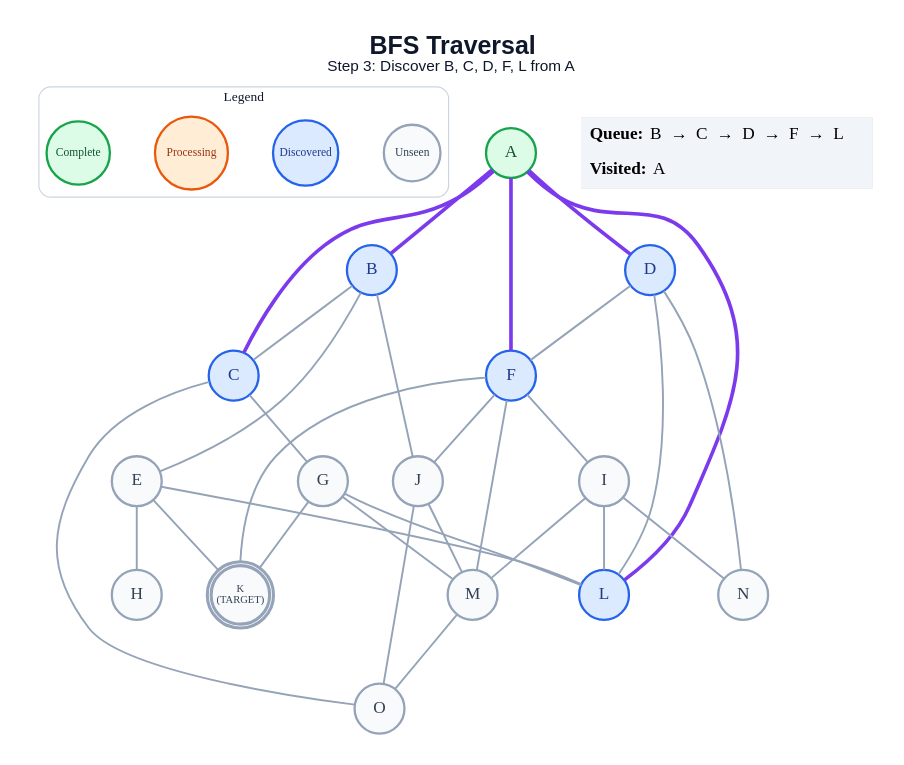
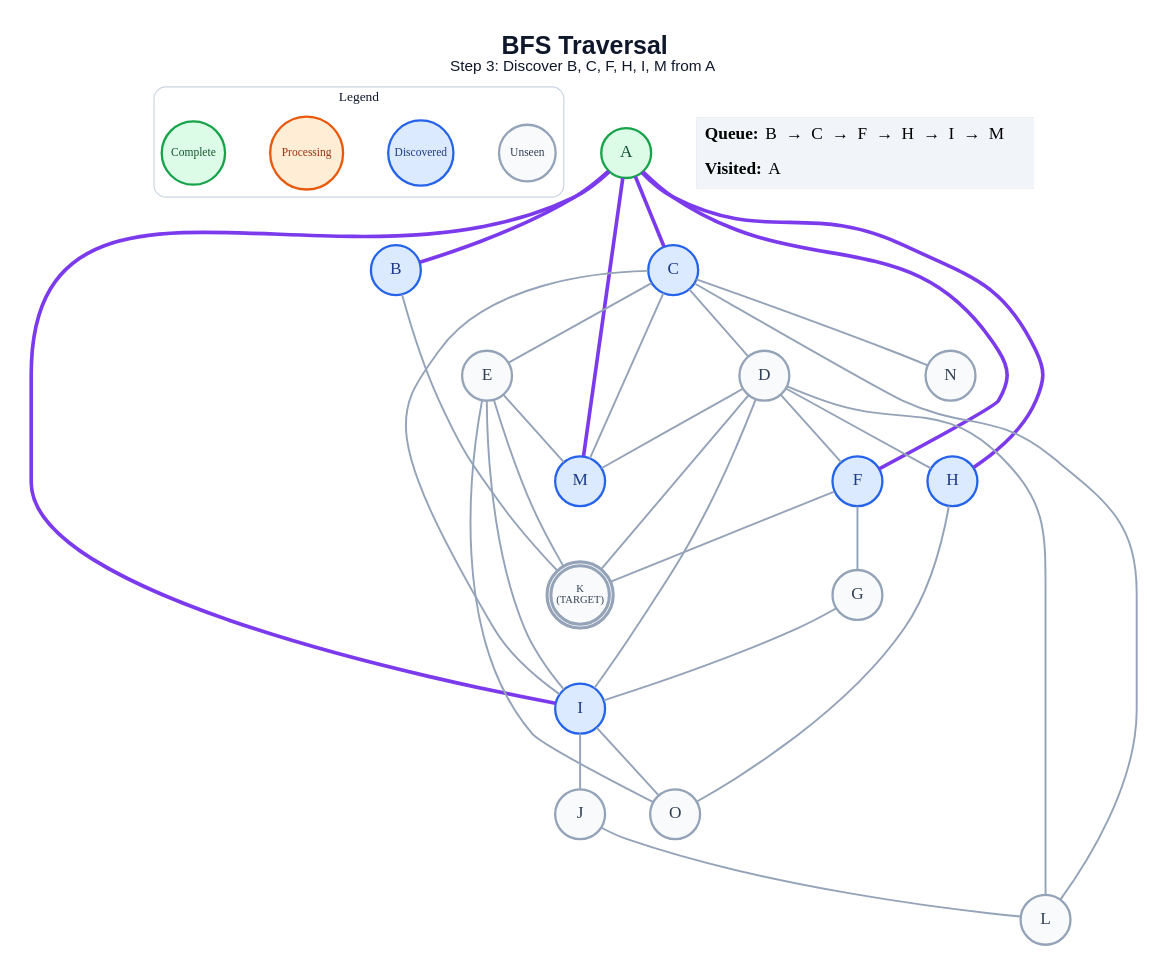
The diagram in generated/short-circuit/bfs/step_03.dot (anon7238593-create/ai-slop), drawn with Graphviz before and after one commit. The commit also changed 217 other files, not shown here.

```diff
--- a/generated/short-circuit/bfs/step_03.dot
+++ b/generated/short-circuit/bfs/step_03.dot
@@ -1,63 +1,64 @@
 graph traversal {
   graph [layout=dot, rankdir=TB, bgcolor="#FFFFFF", pad="0.35", nodesep="0.65", ranksep="0.8", fontname="Arial"];
   node [shape=circle, style="filled", fontname="Arial Bold", fontsize=18, width=0.72, fixedsize=true, penwidth=2.4];
   edge [color="#94A3B8", penwidth=2.0];
-  label=<<B>BFS Traversal</B><BR/><FONT POINT-SIZE="16">Step 3: Discover B, C, D, F, L from A</FONT>>; labelloc="t"; fontsize=26; fontname="Arial"; fontcolor="#0F172A";
+  label=<<B>BFS Traversal</B><BR/><FONT POINT-SIZE="16">Step 3: Discover B, C, F, H, I, M from A</FONT>>; labelloc="t"; fontsize=26; fontname="Arial"; fontcolor="#0F172A";
   subgraph cluster_legend { label="Legend"; color="#CBD5E1"; penwidth=1.2; style="rounded"; fontsize=14; fontname="Arial Bold";
     key_unseen [label="Unseen", fillcolor="#F8FAFC", color="#94A3B8", fontcolor="#334155", fontsize=12, width=0.82];
     key_frontier [label="Discovered", fillcolor="#DBEAFE", color="#2563EB", fontcolor="#1E3A8A", fontsize=12, width=0.95];
     key_current [label="Processing", fillcolor="#FFEDD5", color="#EA580C", fontcolor="#9A3412", fontsize=12, width=1.05];
     key_done [label="Complete", fillcolor="#DCFCE7", color="#16A34A", fontcolor="#14532D", fontsize=12, width=0.92];
     { rank=same; key_unseen; key_frontier; key_current; key_done; }
   }
   A [label="A", fillcolor="#DCFCE7", color="#16A34A", fontcolor="#14532D", peripheries=1, penwidth=2.4];
   B [label="B", fillcolor="#DBEAFE", color="#2563EB", fontcolor="#1E3A8A", peripheries=1, penwidth=2.4];
   C [label="C", fillcolor="#DBEAFE", color="#2563EB", fontcolor="#1E3A8A", peripheries=1, penwidth=2.4];
-  D [label="D", fillcolor="#DBEAFE", color="#2563EB", fontcolor="#1E3A8A", peripheries=1, penwidth=2.4];
+  D [label="D", fillcolor="#F8FAFC", color="#94A3B8", fontcolor="#334155", peripheries=1, penwidth=2.4];
   E [label="E", fillcolor="#F8FAFC", color="#94A3B8", fontcolor="#334155", peripheries=1, penwidth=2.4];
   F [label="F", fillcolor="#DBEAFE", color="#2563EB", fontcolor="#1E3A8A", peripheries=1, penwidth=2.4];
   G [label="G", fillcolor="#F8FAFC", color="#94A3B8", fontcolor="#334155", peripheries=1, penwidth=2.4];
-  H [label="H", fillcolor="#F8FAFC", color="#94A3B8", fontcolor="#334155", peripheries=1, penwidth=2.4];
-  I [label="I", fillcolor="#F8FAFC", color="#94A3B8", fontcolor="#334155", peripheries=1, penwidth=2.4];
+  H [label="H", fillcolor="#DBEAFE", color="#2563EB", fontcolor="#1E3A8A", peripheries=1, penwidth=2.4];
+  I [label="I", fillcolor="#DBEAFE", color="#2563EB", fontcolor="#1E3A8A", peripheries=1, penwidth=2.4];
   J [label="J", fillcolor="#F8FAFC", color="#94A3B8", fontcolor="#334155", peripheries=1, penwidth=2.4];
   K [label="K\n(TARGET)", fillcolor="#F8FAFC", color="#94A3B8", fontcolor="#334155", peripheries=2, penwidth=3.2, fontsize=11, width=0.85, height=0.85];
-  L [label="L", fillcolor="#DBEAFE", color="#2563EB", fontcolor="#1E3A8A", peripheries=1, penwidth=2.4];
-  M [label="M", fillcolor="#F8FAFC", color="#94A3B8", fontcolor="#334155", peripheries=1, penwidth=2.4];
+  L [label="L", fillcolor="#F8FAFC", color="#94A3B8", fontcolor="#334155", peripheries=1, penwidth=2.4];
+  M [label="M", fillcolor="#DBEAFE", color="#2563EB", fontcolor="#1E3A8A", peripheries=1, penwidth=2.4];
   N [label="N", fillcolor="#F8FAFC", color="#94A3B8", fontcolor="#334155", peripheries=1, penwidth=2.4];
   O [label="O", fillcolor="#F8FAFC", color="#94A3B8", fontcolor="#334155", peripheries=1, penwidth=2.4];
   A -- B [color="#7C3AED", penwidth=3.8];
   A -- C [color="#7C3AED", penwidth=3.8];
-  A -- D [color="#7C3AED", penwidth=3.8];
   A -- F [color="#7C3AED", penwidth=3.8];
-  A -- L [color="#7C3AED", penwidth=3.8];
-  B -- C;
-  B -- E;
-  B -- J;
-  C -- G;
-  C -- O;
+  A -- H [color="#7C3AED", penwidth=3.8];
+  A -- I [color="#7C3AED", penwidth=3.8];
+  A -- M [color="#7C3AED", penwidth=3.8];
+  B -- K;
+  C -- D;
+  C -- E;
+  C -- I;
+  C -- L;
+  C -- M;
+  C -- N;
   D -- F;
+  D -- H;
+  D -- I;
+  D -- K;
   D -- L;
-  D -- N;
-  E -- H;
+  D -- M;
+  E -- I;
   E -- K;
-  E -- L;
-  F -- I;
-  F -- J;
+  E -- M;
+  E -- O;
+  F -- G;
   F -- K;
-  F -- M;
-  G -- K;
-  G -- L;
-  G -- M;
-  I -- L;
-  I -- M;
-  I -- N;
-  J -- M;
-  J -- O;
-  M -- O;
+  G -- I;
+  H -- O;
+  I -- J;
+  I -- O;
+  J -- L;
   status [shape=plain, fixedsize=false, width=0, height=0, margin=0, label=<
     <TABLE BORDER="0" CELLBORDER="0" CELLPADDING="7" BGCOLOR="#F1F5F9">
-      <TR><TD ALIGN="LEFT"><B>Queue:</B> B  →  C  →  D  →  F  →  L</TD></TR>
+      <TR><TD ALIGN="LEFT"><B>Queue:</B> B  →  C  →  F  →  H  →  I  →  M</TD></TR>
       <TR><TD ALIGN="LEFT"><B>Visited:</B> A</TD></TR>
     </TABLE>
   >];
 }
```
